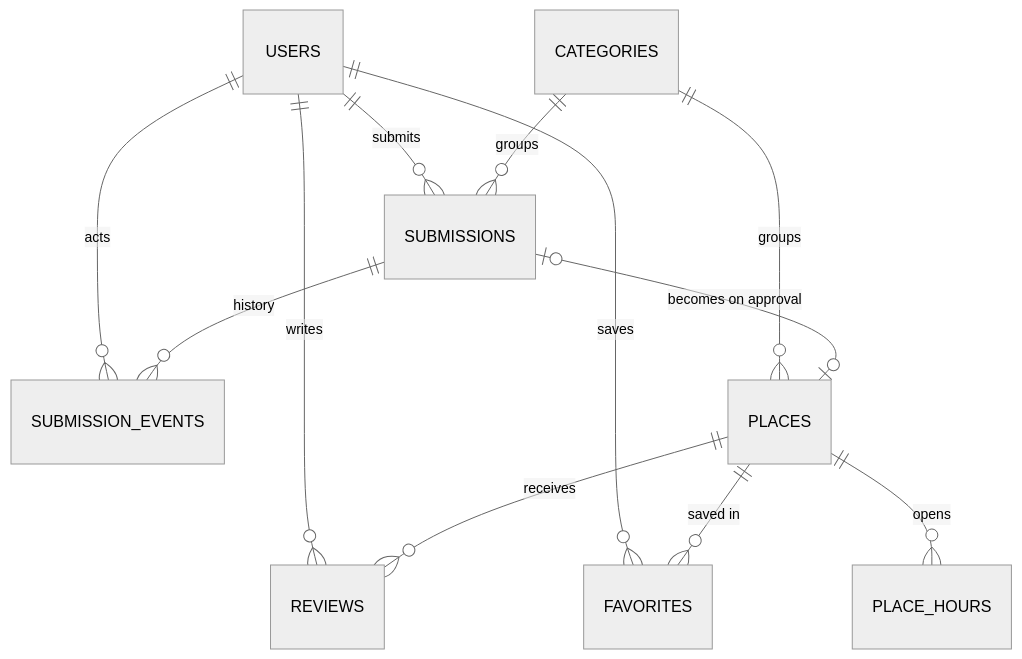
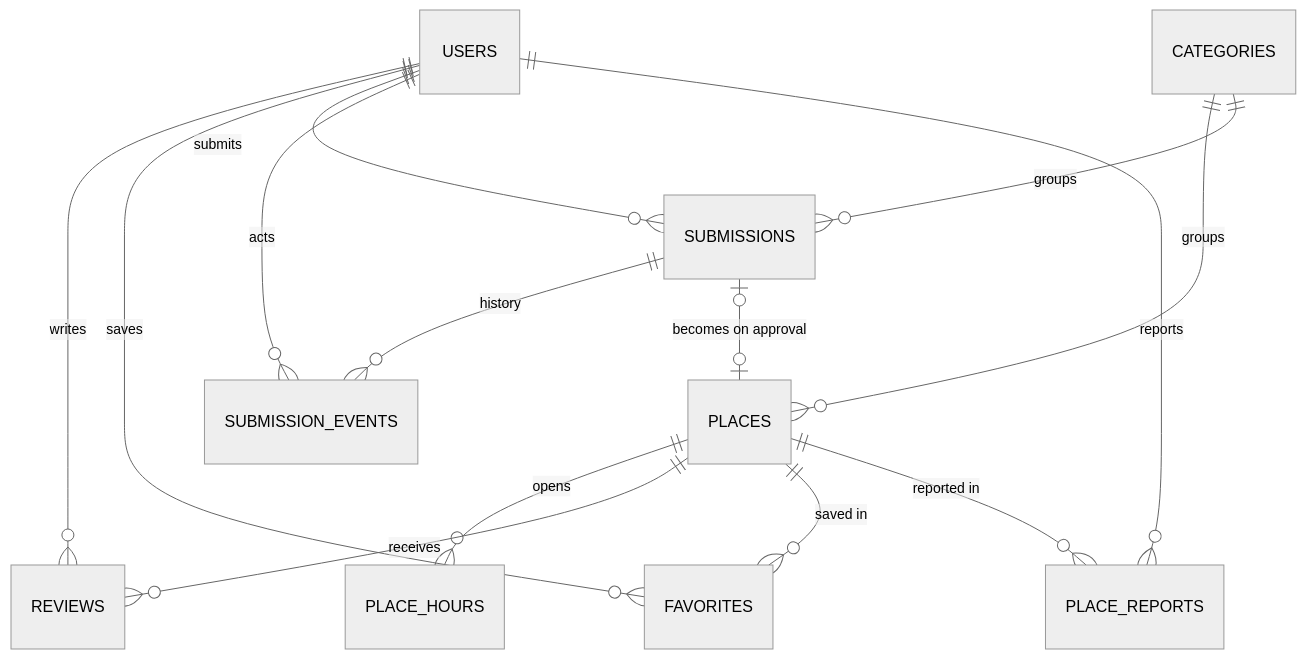
The third of 3 diagrams in docs/DESIGN.md (F1wzu/Server-Side-Project-2026), drawn with Mermaid (neutral theme) before and after one commit. The commit also changed other lines of this file and 54 other files, not shown here.

````diff
--- a/docs/DESIGN.md
+++ b/docs/DESIGN.md
@@ -103,14 +104,16 @@
 ```mermaid
 erDiagram
     USERS ||--o{ REVIEWS : writes
     USERS ||--o{ FAVORITES : saves
     USERS ||--o{ SUBMISSIONS : submits
     USERS ||--o{ SUBMISSION_EVENTS : acts
     CATEGORIES ||--o{ PLACES : groups
     CATEGORIES ||--o{ SUBMISSIONS : groups
     PLACES ||--o{ PLACE_HOURS : opens
     PLACES ||--o{ REVIEWS : receives
     PLACES ||--o{ FAVORITES : "saved in"
     SUBMISSIONS ||--o{ SUBMISSION_EVENTS : history
     SUBMISSIONS |o--o| PLACES : "becomes on approval"
+    USERS ||--o{ PLACE_REPORTS : reports
+    PLACES ||--o{ PLACE_REPORTS : "reported in"
 ```
````
